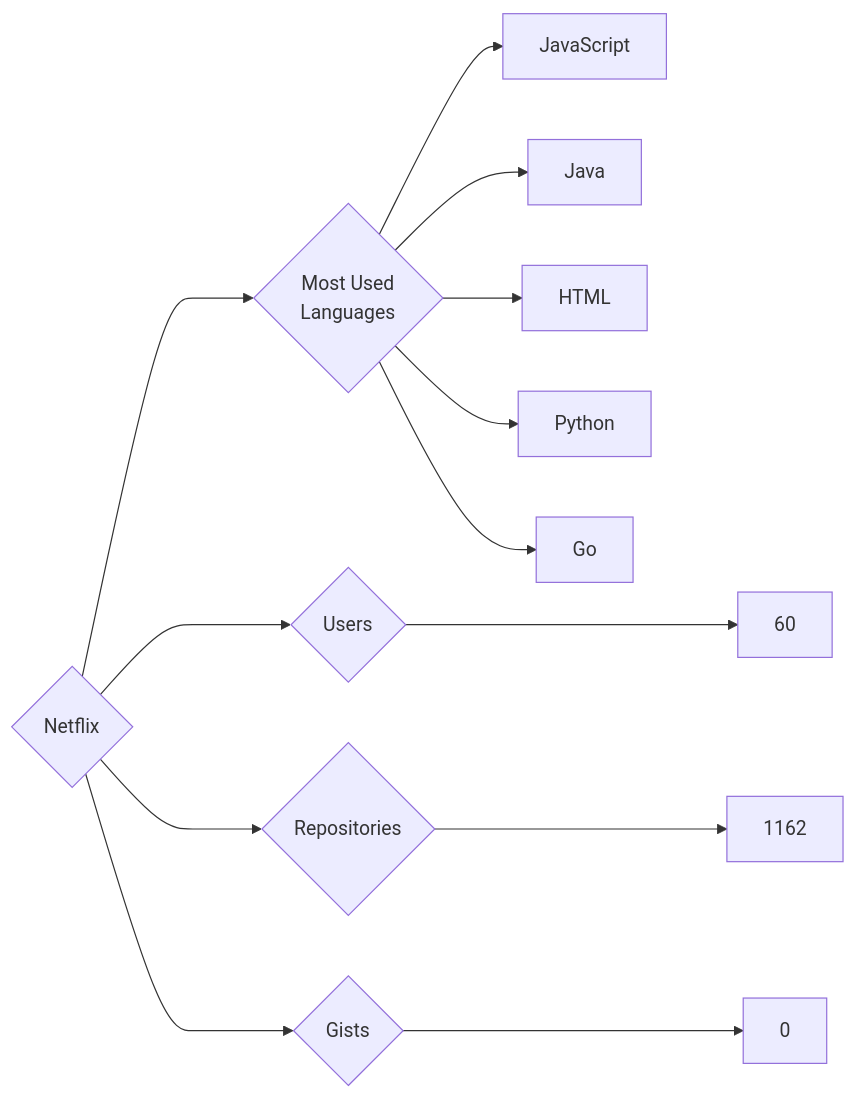
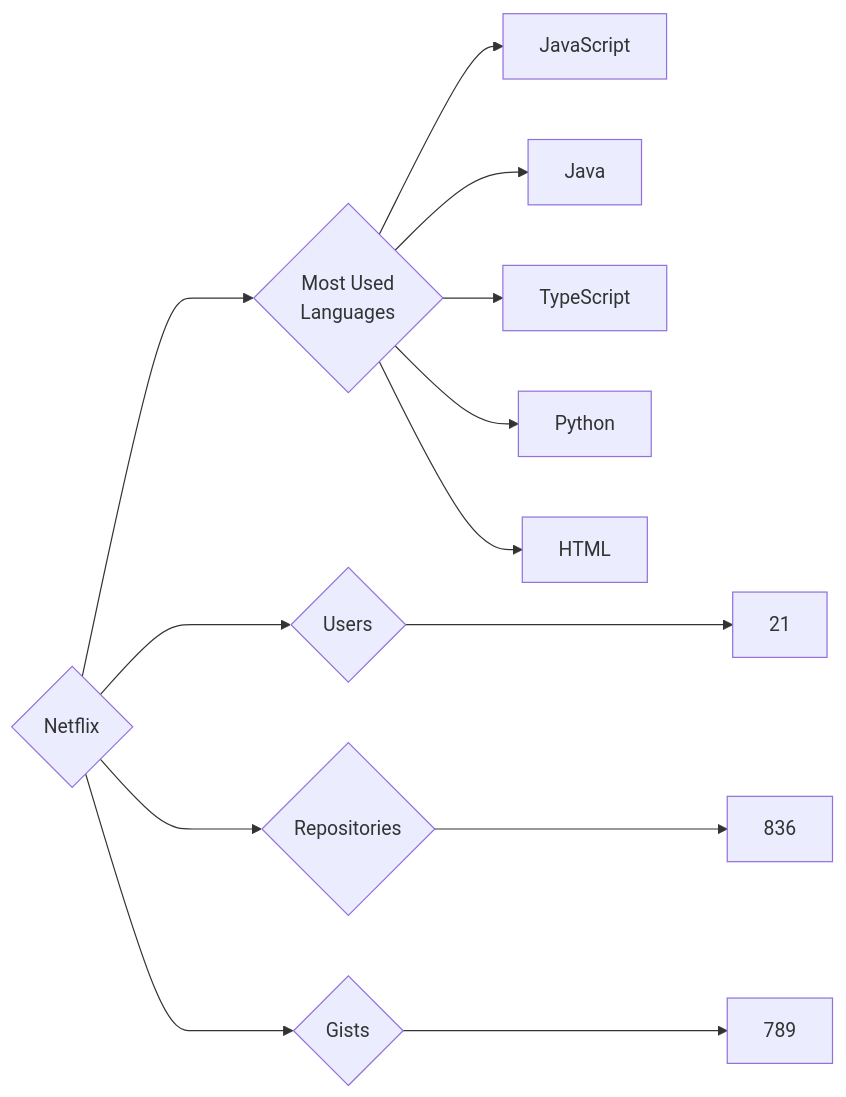
Before and after one commit to trickest/insiders: the diagram in targets/Netflix/README.md, drawn with Mermaid. The commit also changed 997 other files, not shown here.

````diff
--- a/targets/Netflix/README.md
+++ b/targets/Netflix/README.md
@@ -3,13 +3,13 @@
 ```mermaid
 graph LR
 COMPANY_NAME{Netflix}
-COMPANY_NAME ---> U{Users} ---> UN[60]
-COMPANY_NAME ---> R{Repositories} ---> RN[1162]
-COMPANY_NAME ---> G{Gists} ---> GN[0]
+COMPANY_NAME ---> U{Users} ---> UN[21]
+COMPANY_NAME ---> R{Repositories} ---> RN[836]
+COMPANY_NAME ---> G{Gists} ---> GN[789]
 COMPANY_NAME ---> ML{Most Used<br>Languages}
-ML --> JavaScript
-ML --> Java
-ML --> HTML
-ML --> Python
-ML --> Go
+ML --> JavaScript[JavaScript]
+ML --> Java[Java]
+ML --> TypeScript[TypeScript]
+ML --> Python[Python]
+ML --> HTML[HTML]
 ```
````
